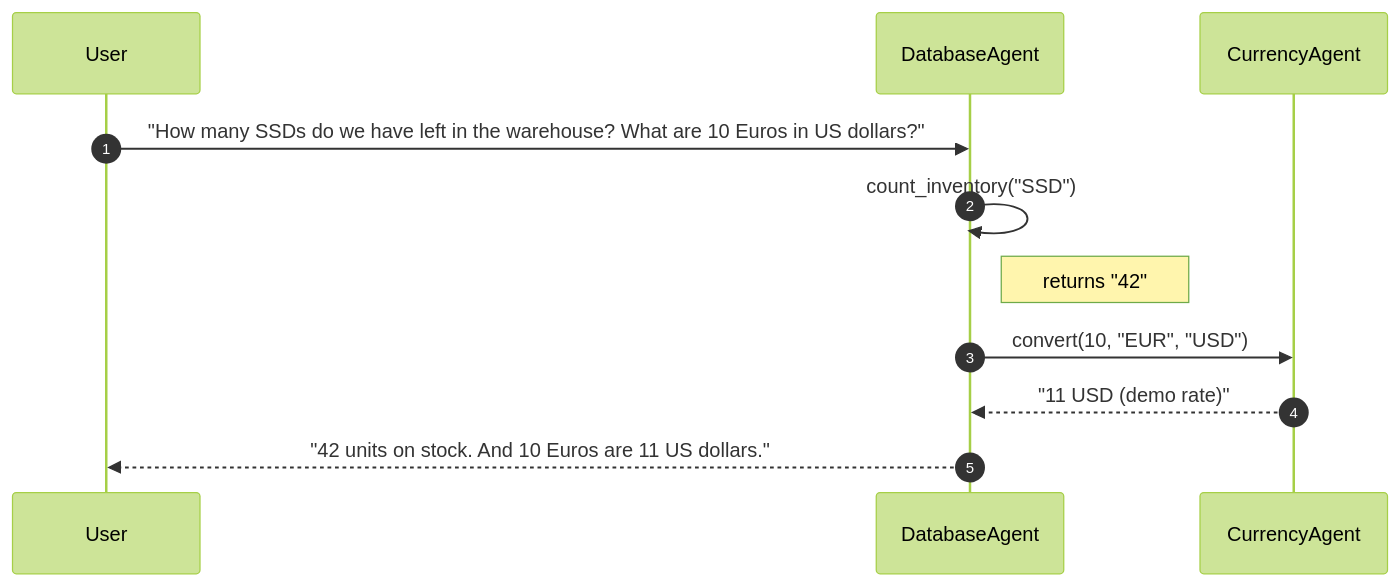
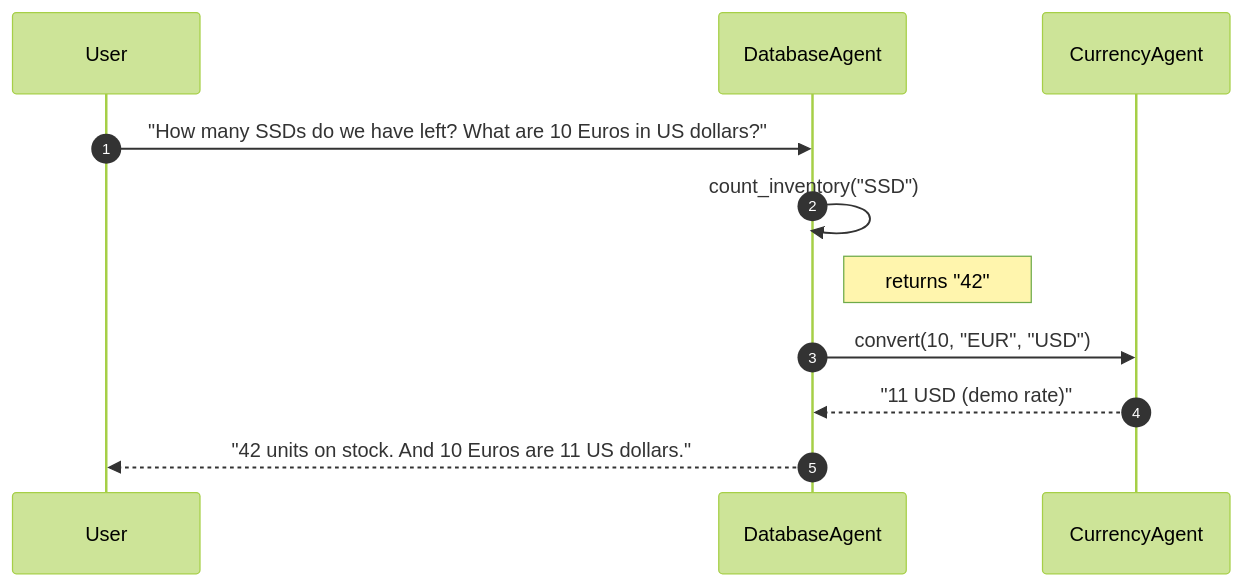
One commit to jfabend/A2A_bidirectional changed the first of 3 diagrams in README.md. Above: the diagram before and after it, drawn with Mermaid (forest theme). The commit also changed other lines of this file, not shown here.

````diff
--- a/README.md
+++ b/README.md
@@ -35,14 +35,14 @@
 ```mermaid
 sequenceDiagram
     autonumber
     participant User
     participant DatabaseAgent
     participant CurrencyAgent
 
-    User->>DatabaseAgent: "How many SSDs do we have left in the warehouse? What are 10 Euros in US dollars?"
+    User->>DatabaseAgent: "How many SSDs do we have left? What are 10 Euros in US dollars?"
     DatabaseAgent->>DatabaseAgent: count_inventory("SSD")
     Note right of DatabaseAgent: returns "42"
     DatabaseAgent->>CurrencyAgent: convert(10, "EUR", "USD")
     CurrencyAgent-->>DatabaseAgent: "11 USD (demo rate)"
     DatabaseAgent-->>User: "42 units on stock. And 10 Euros are 11 US dollars."
 ```
````
